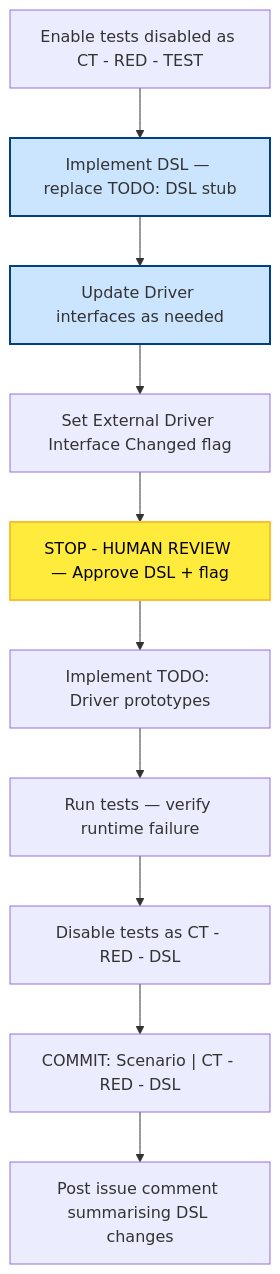
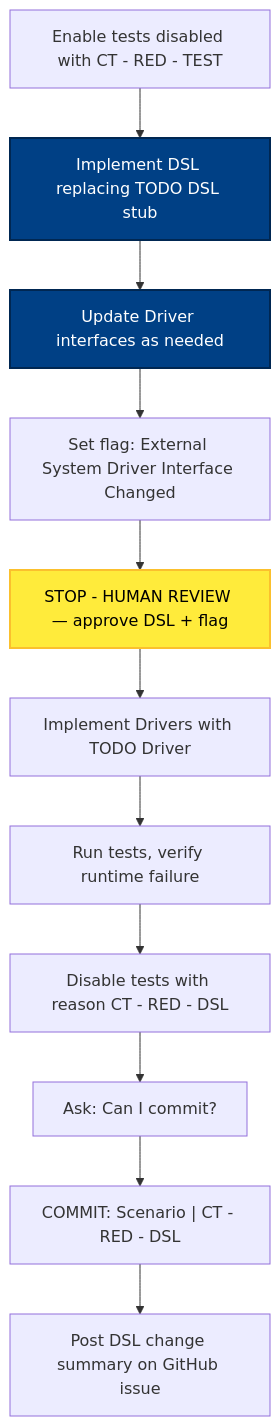
The sixth of 8 diagrams in docs/atdd/process/diagram-phase-details.md (optivem/starter), drawn with Mermaid before and after one commit. The commit also changed other lines of this file and 2 other files, not shown here.

````diff
--- a/docs/atdd/process/diagram-phase-details.md
+++ b/docs/atdd/process/diagram-phase-details.md
@@ -191,28 +195,30 @@
 ```mermaid
 flowchart TD
-    ENABLE[Enable tests disabled as CT - RED - TEST]
-    IMPL_DSL[Implement DSL — replace TODO: DSL stub]
+    ENABLE["Enable tests disabled with CT - RED - TEST"]
+    IMPL_DSL[Implement DSL replacing TODO DSL stub]
     UPDATE_DRIVER_IFACE[Update Driver interfaces as needed]
-    SET_FLAG[Set External Driver Interface Changed flag]
-    STOP_WRITE[STOP - HUMAN REVIEW — Approve DSL + flag]
-    IMPL_PROTOTYPES[Implement TODO: Driver prototypes]
-    RUN[Run tests — verify runtime failure]
-    DISABLE[Disable tests as CT - RED - DSL]
+    SET_FLAG[Set flag: External System Driver Interface Changed]
+    STOP_WRITE["STOP - HUMAN REVIEW — approve DSL + flag"]
+    IMPL_DRIVERS_PROTOTYPE[Implement Drivers with TODO Driver]
+    RUN[Run tests, verify runtime failure]
+    DISABLE["Disable tests with reason CT - RED - DSL"]
+    ASK_COMMIT["Ask: Can I commit?"]
     COMMIT["COMMIT: Scenario | CT - RED - DSL"]
-    POST_COMMENT[Post issue comment summarising DSL changes]
+    POST_COMMENT[Post DSL change summary on GitHub issue]
 
     ENABLE --> IMPL_DSL
     IMPL_DSL --> UPDATE_DRIVER_IFACE
     UPDATE_DRIVER_IFACE --> SET_FLAG
     SET_FLAG --> STOP_WRITE
-    STOP_WRITE --> IMPL_PROTOTYPES
-    IMPL_PROTOTYPES --> RUN
+    STOP_WRITE --> IMPL_DRIVERS_PROTOTYPE
+    IMPL_DRIVERS_PROTOTYPE --> RUN
     RUN --> DISABLE
-    DISABLE --> COMMIT
+    DISABLE --> ASK_COMMIT
+    ASK_COMMIT --> COMMIT
     COMMIT --> POST_COMMENT
 
-    classDef effortNode fill:#cce5ff,stroke:#004085,stroke-width:2px
+    classDef effortNode fill:#004085,stroke:#002752,stroke-width:2px,color:#ffffff
     class IMPL_DSL,UPDATE_DRIVER_IFACE effortNode
     classDef humanReviewNode fill:#ffeb3b,stroke:#fbc02d,stroke-width:2px,color:#000
     class STOP_WRITE humanReviewNode
 ```
````
